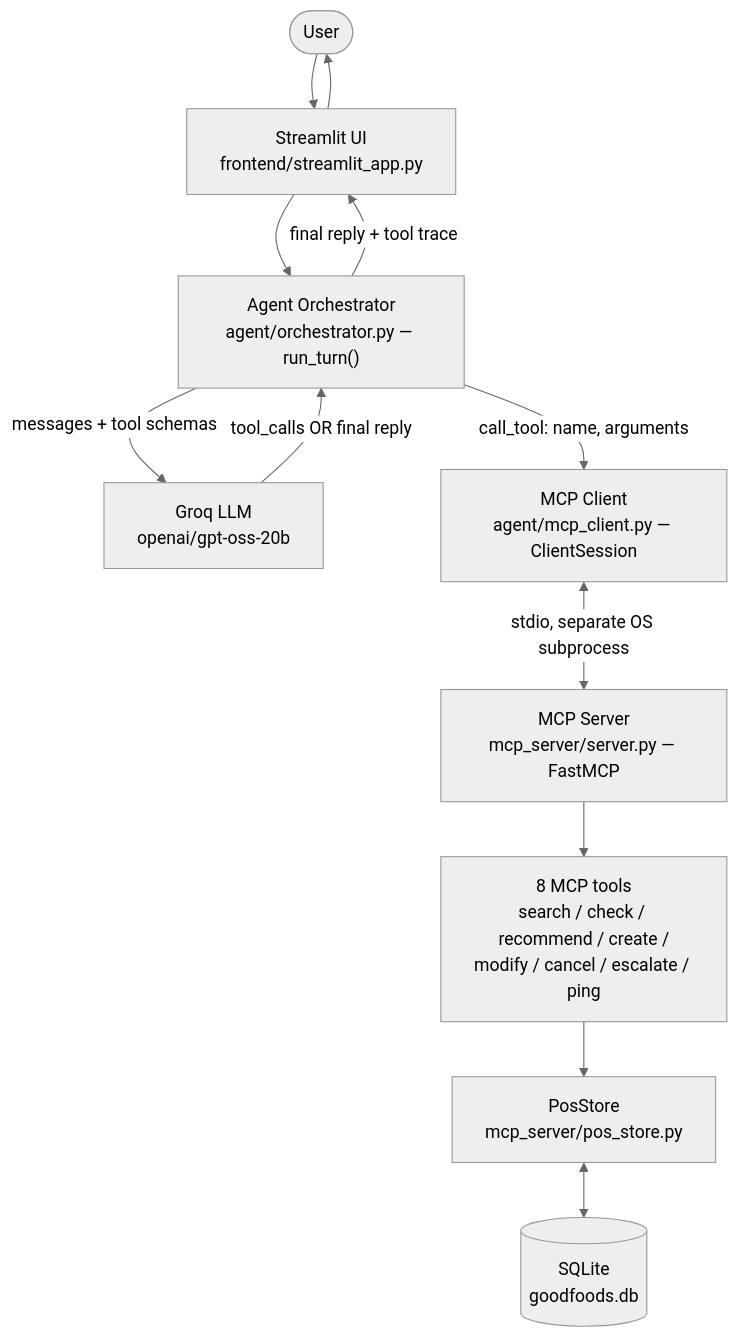
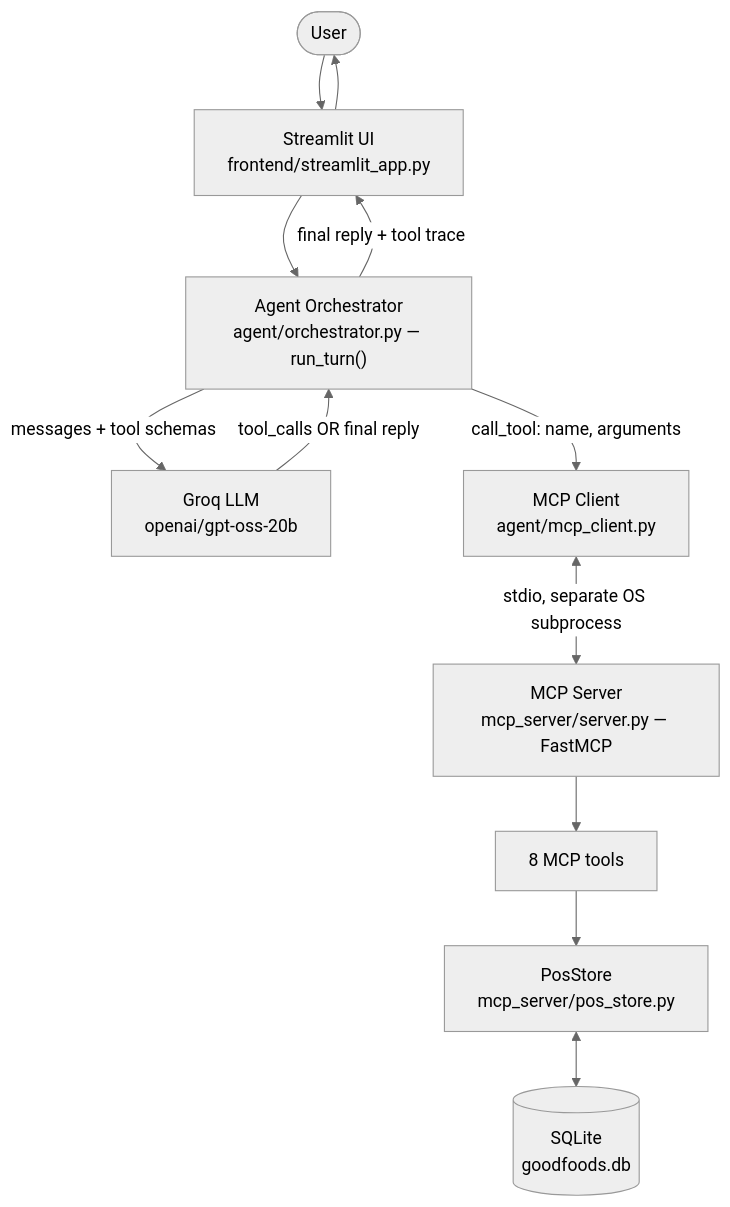
One commit to Srishti2003/sarvam-goodfoods-reservation-agent changed the diagram in README.md. Above: the diagram before and after it, drawn with Mermaid (neutral theme). The commit also changed other lines of this file, not shown here.

````diff
--- a/README.md
+++ b/README.md
@@ -54,14 +41,14 @@
 ```mermaid
 flowchart TD
     User(["User"]) --> UI["Streamlit UI<br/>frontend/streamlit_app.py"]
     UI --> Orch["Agent Orchestrator<br/>agent/orchestrator.py — run_turn()"]
     Orch -->|messages + tool schemas| LLM["Groq LLM<br/>openai/gpt-oss-20b"]
     LLM -->|tool_calls OR final reply| Orch
-    Orch -->|call_tool: name, arguments| Client["MCP Client<br/>agent/mcp_client.py — ClientSession"]
+    Orch -->|call_tool: name, arguments| Client["MCP Client<br/>agent/mcp_client.py"]
     Client <-->|stdio, separate OS subprocess| Server["MCP Server<br/>mcp_server/server.py — FastMCP"]
-    Server --> Tools["8 MCP tools<br/>search / check / recommend / create /<br/>modify / cancel / escalate / ping"]
+    Server --> Tools["8 MCP tools"]
     Tools --> Store["PosStore<br/>mcp_server/pos_store.py"]
     Store <--> DB[("SQLite<br/>goodfoods.db")]
     Orch -->|final reply + tool trace| UI
     UI --> User
 ```
````
